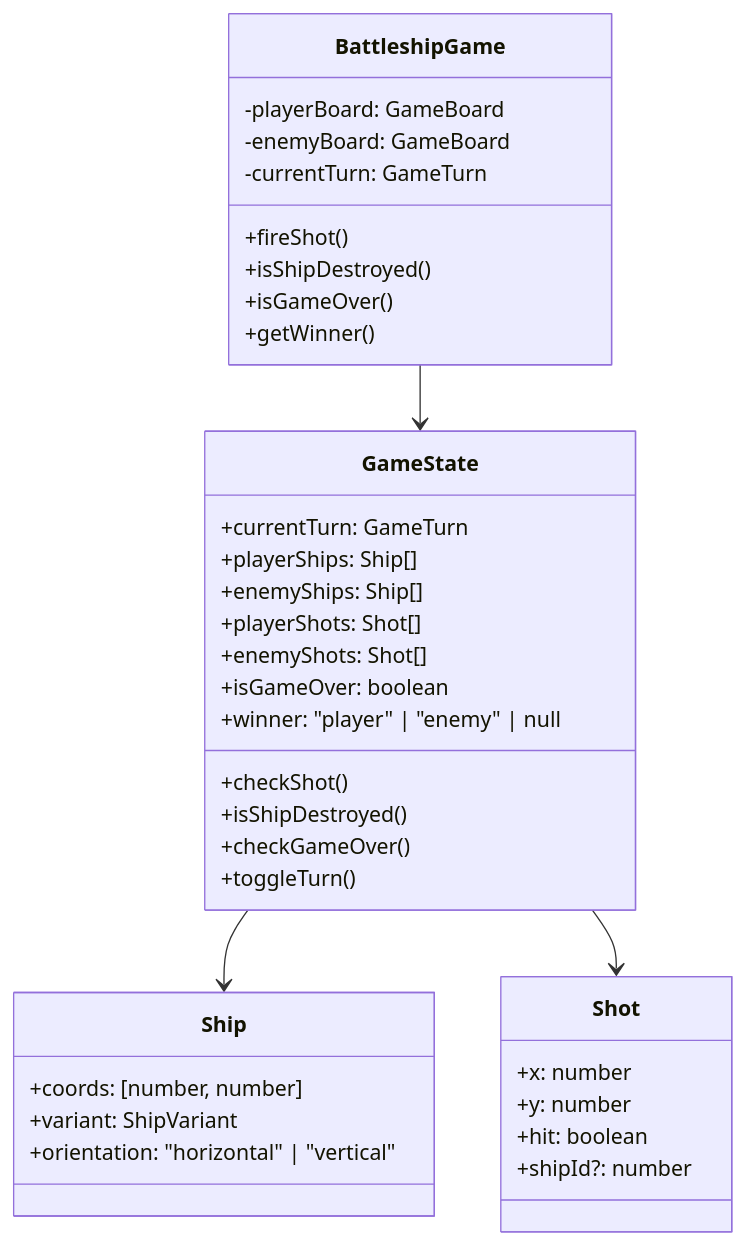
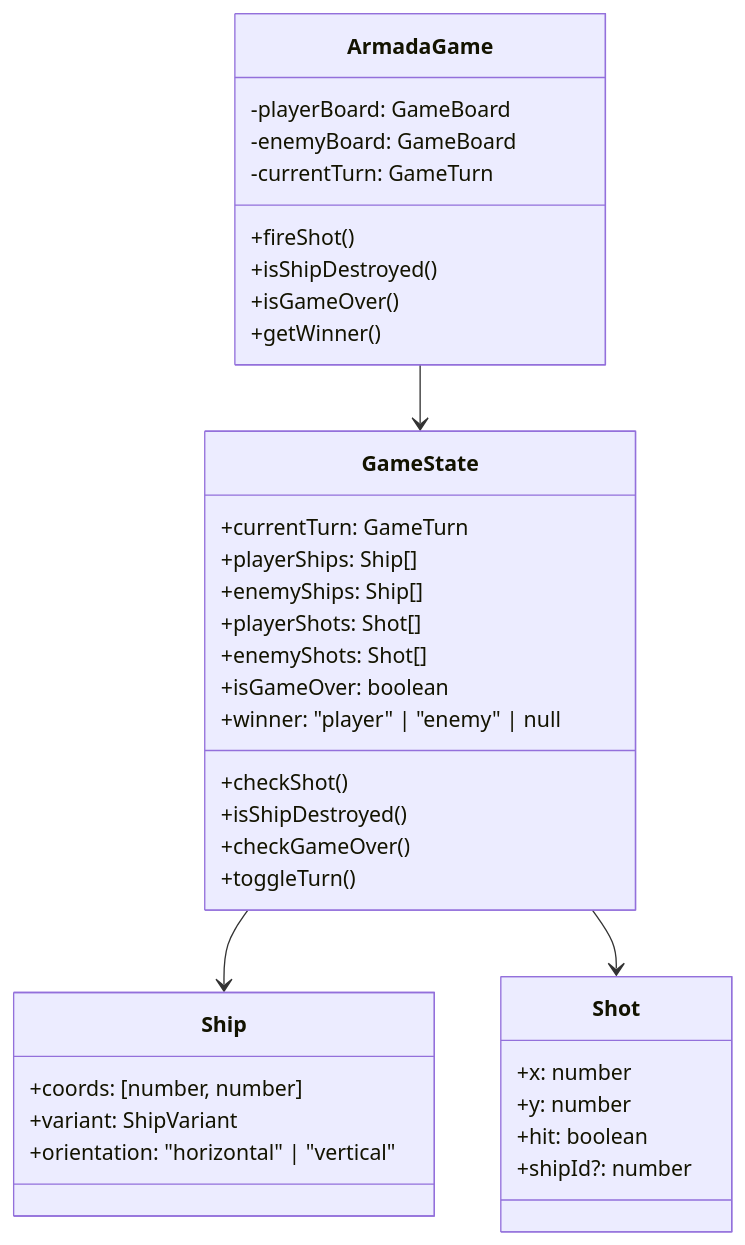
Before and after one commit to alexsantos-eth/battleships: the fifth of 8 diagrams in DIAGRAMA_FLUJO.md, drawn with Mermaid. The commit also changed other lines of this file and 10 other files, not shown here.

````diff
--- a/DIAGRAMA_FLUJO.md
+++ b/DIAGRAMA_FLUJO.md
@@ -210,43 +210,43 @@
 ```mermaid
 classDiagram
     class Ship {
         +coords: [number, number]
         +variant: ShipVariant
         +orientation: "horizontal" | "vertical"
     }
     
     class Shot {
         +x: number
         +y: number
         +hit: boolean
         +shipId?: number
     }
     
     class GameState {
         +currentTurn: GameTurn
         +playerShips: Ship[]
         +enemyShips: Ship[]
         +playerShots: Shot[]
         +enemyShots: Shot[]
         +isGameOver: boolean
         +winner: "player" | "enemy" | null
         +checkShot()
         +isShipDestroyed()
         +checkGameOver()
         +toggleTurn()
     }
     
-    class BattleshipGame {
+    class ArmadaGame {
         -playerBoard: GameBoard
         -enemyBoard: GameBoard
         -currentTurn: GameTurn
         +fireShot()
         +isShipDestroyed()
         +isGameOver()
         +getWinner()
     }
     
     GameState --> Ship
     GameState --> Shot
-    BattleshipGame --> GameState
+    ArmadaGame --> GameState
 ```
````
